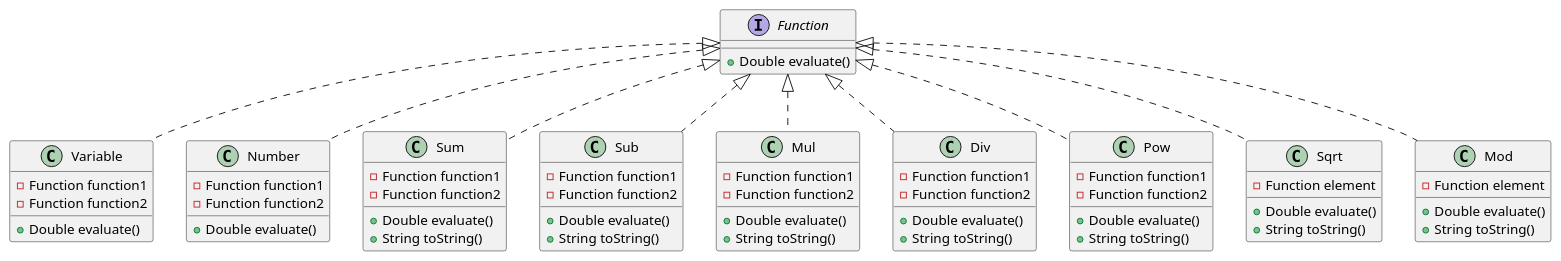
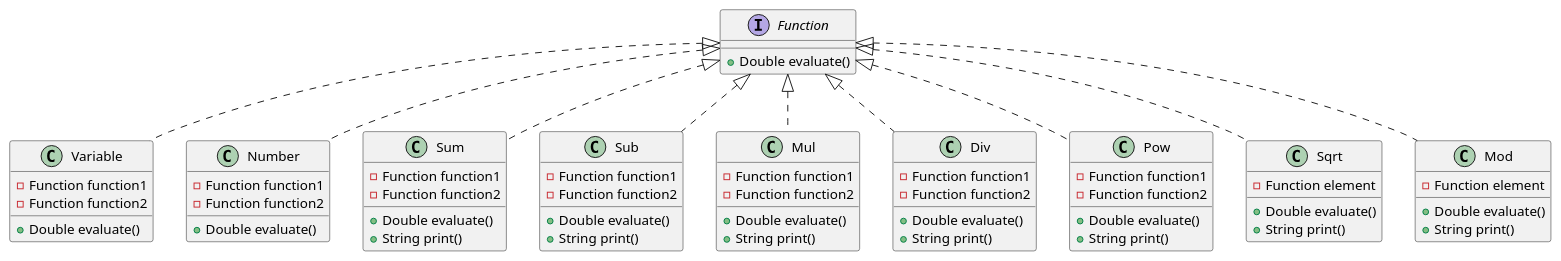
One commit to nicolas-mangini/formula changed the diagram in src/main/java/edu/austral/ingsis/math/composite/diagram.puml. Above: the diagram before and after it, drawn with PlantUML. The commit also changed 14 other files, not shown here.

Commit message:
feat: tests and UML

```diff
--- a/src/main/java/edu/austral/ingsis/math/composite/diagram.puml
+++ b/src/main/java/edu/austral/ingsis/math/composite/diagram.puml
@@ -1,77 +1,77 @@
 @startuml
 
 interface Function {
     + Double evaluate()
 }
 
 /'basic elements'/
 class Variable implements Function {
     - Function function1
     - Function function2
 
     + Double evaluate()
 }
 
 class Number implements Function {
     - Function function1
     - Function function2
 
     + Double evaluate()
 }
 
 /'compound'/
 class Sum implements Function {
     - Function function1
     - Function function2
 
     + Double evaluate()
-    + String toString()
+    + String print()
 }
 
 class Sub implements Function {
     - Function function1
     - Function function2
 
     + Double evaluate()
-    + String toString()
+    + String print()
 }
 
 class Mul implements Function {
     - Function function1
     - Function function2
 
     + Double evaluate()
-    + String toString()
+    + String print()
 }
 
 class Div implements Function {
     - Function function1
     - Function function2
 
     + Double evaluate()
-    + String toString()
+    + String print()
 }
 
 class Pow implements Function {
     - Function function1
     - Function function2
 
     + Double evaluate()
-    + String toString()
+    + String print()
 }
 
 class Sqrt implements Function {
     - Function element
 
     + Double evaluate()
-    + String toString()
+    + String print()
 }
 
 class Mod implements Function {
     - Function element
 
     + Double evaluate()
-    + String toString()
+    + String print()
 }
 
 @enduml
```
